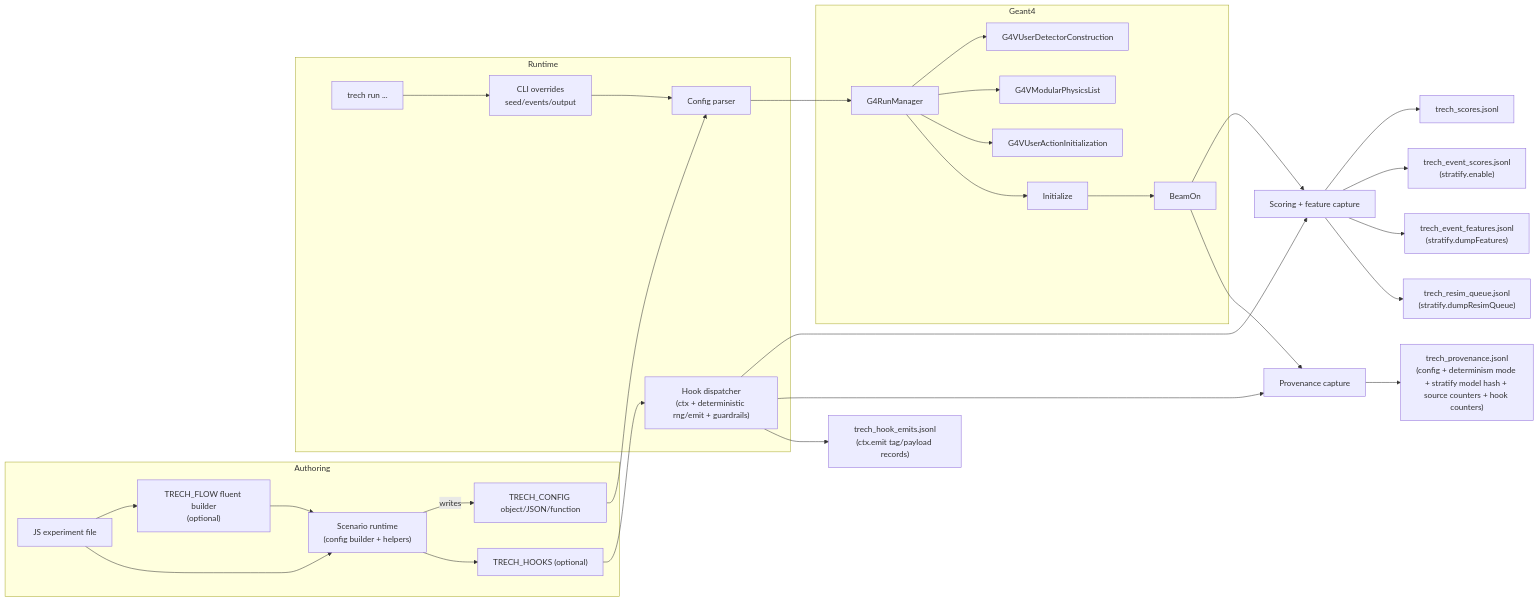
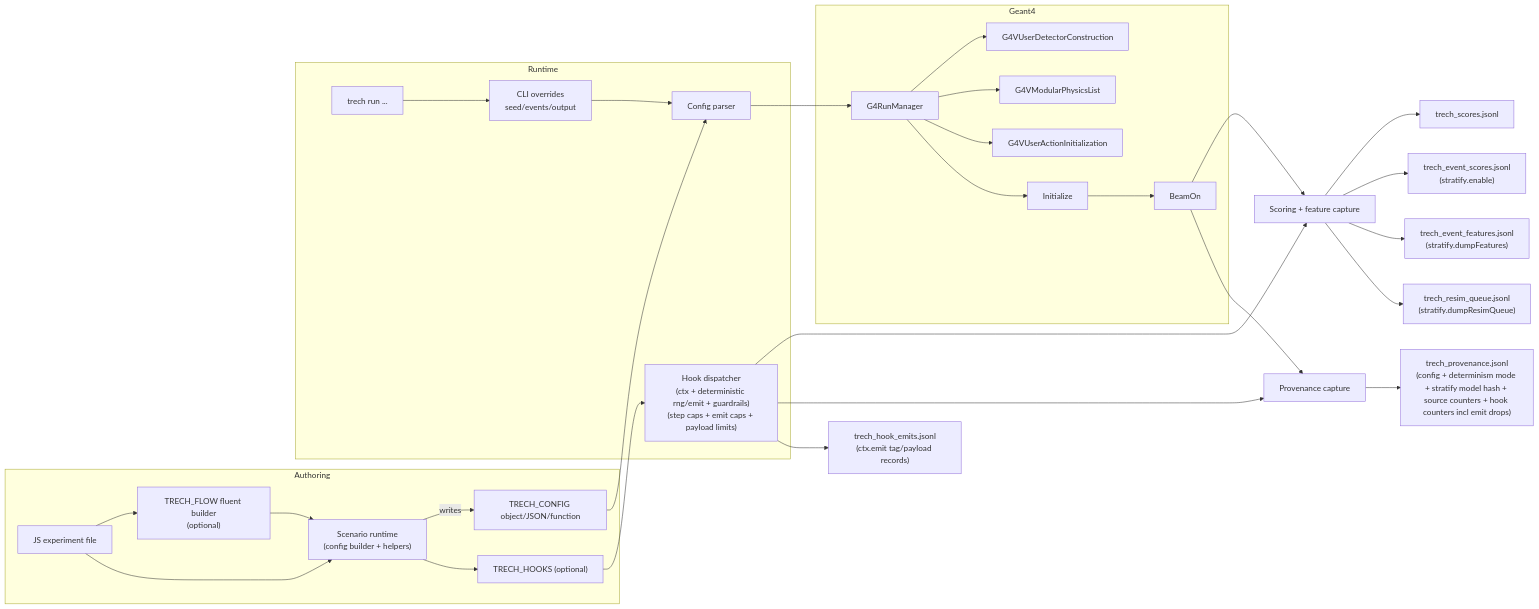
One commit to Geckos-Ink/trech changed the first of 8 diagrams in CHARTS.md. Above: the diagram before and after it, drawn with Mermaid. The commit also changed other lines of this file and 17 other files, not shown here.

````diff
--- a/CHARTS.md
+++ b/CHARTS.md
@@ -9,34 +9,34 @@
 ```mermaid
 flowchart LR
   subgraph Authoring
     JS["JS experiment file"] --> FLOW["TRECH_FLOW fluent builder\n(optional)"]
     JS --> SCEN["Scenario runtime\n(config builder + helpers)"]
     FLOW --> SCEN
     SCEN -->|writes| CFG["TRECH_CONFIG object/JSON/function"]
     SCEN --> HOOKS["TRECH_HOOKS (optional)"]
   end
   subgraph Runtime
     CLI["trech run ..."] --> OV["CLI overrides\nseed/events/output"]
     CFG --> PARSE["Config parser"]
     OV --> PARSE
-    HOOKS --> HOOKDISP["Hook dispatcher\n(ctx + deterministic rng/emit + guardrails)"]
+    HOOKS --> HOOKDISP["Hook dispatcher\n(ctx + deterministic rng/emit + guardrails)\n(step caps + emit caps + payload limits)"]
   end
   subgraph Geant4
     PARSE --> RM["G4RunManager"]
     RM --> DET["G4VUserDetectorConstruction"]
     RM --> PHY["G4VModularPhysicsList"]
     RM --> ACT["G4VUserActionInitialization"]
     RM --> INIT["Initialize"]
     INIT --> BEAM["BeamOn"]
   end
   BEAM --> SCORE["Scoring + feature capture"]
   BEAM --> PROV["Provenance capture"]
   HOOKDISP --> SCORE
   HOOKDISP --> PROV
   SCORE --> OUT1["trech_scores.jsonl"]
   SCORE --> OUT2["trech_event_scores.jsonl\n(stratify.enable)"]
   SCORE --> OUT3["trech_event_features.jsonl\n(stratify.dumpFeatures)"]
   SCORE --> OUT4["trech_resim_queue.jsonl\n(stratify.dumpResimQueue)"]
-  PROV --> OUT5["trech_provenance.jsonl\n(config + determinism mode + stratify model hash + source counters + hook counters)"]
+  PROV --> OUT5["trech_provenance.jsonl\n(config + determinism mode + stratify model hash + source counters + hook counters incl emit drops)"]
   HOOKDISP --> OUT6["trech_hook_emits.jsonl\n(ctx.emit tag/payload records)"]
 ```
````
